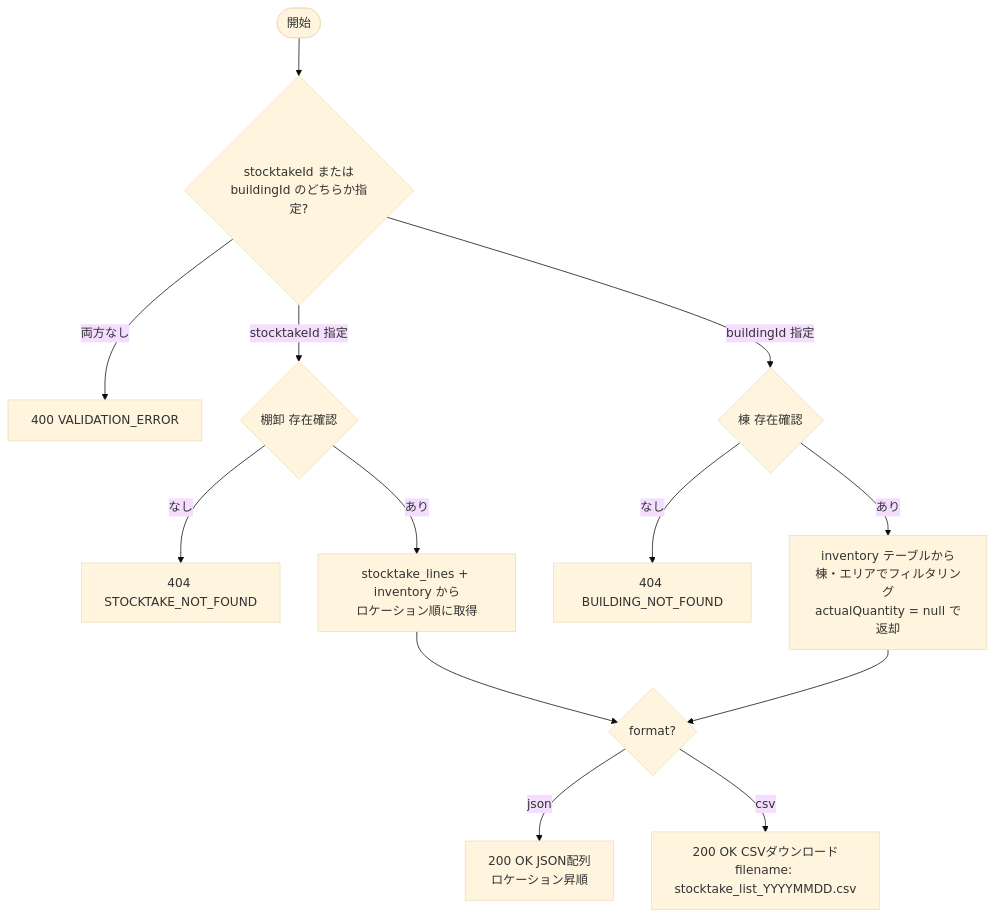
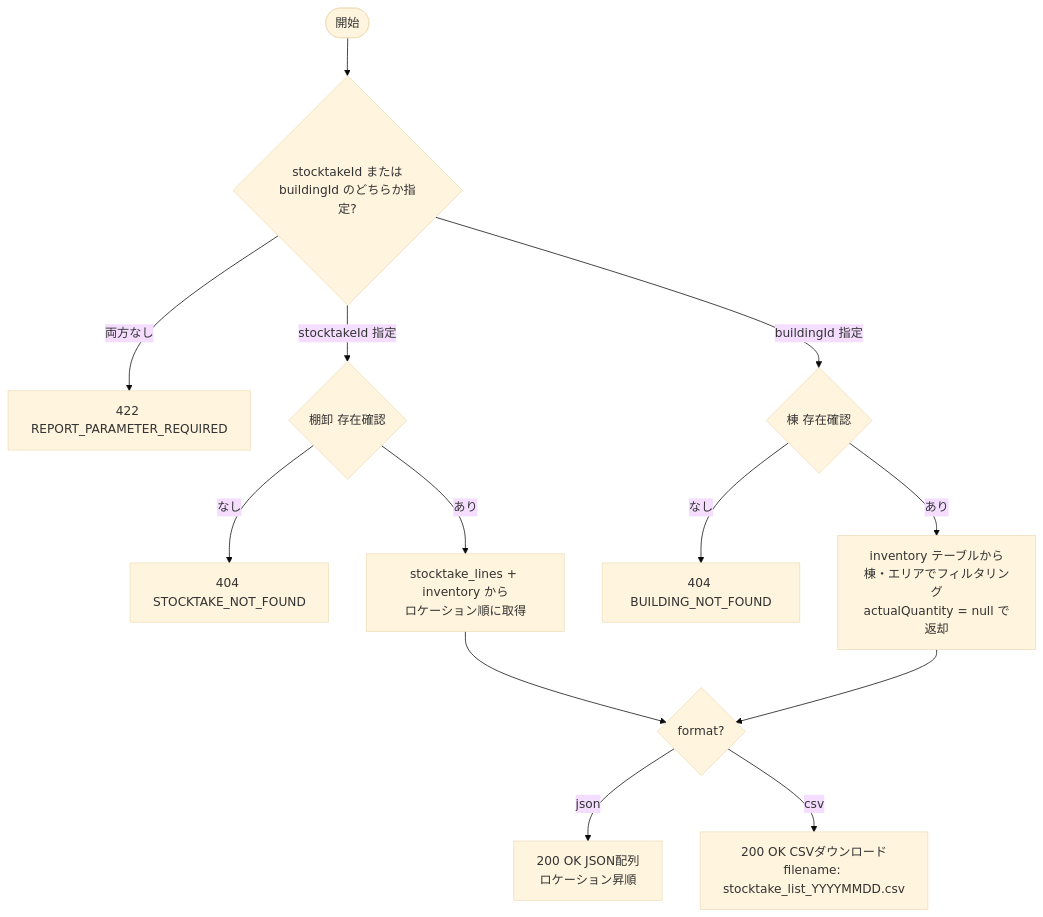
One commit to hidefumiagata/wms changed the ninth of 17 diagrams in docs/functional-design/API-10-report.md. Above: the diagram before and after it, drawn with Mermaid (base theme). The commit also changed other lines of this file and 2 other files, not shown here.

Commit message:
docs: VALIDATION_ERROR置換に伴うAPI設計書・エラーコード定義更新 / Update API docs and error code registry for specific error codes
- API-OUT-014: VALIDATION_ERROR → PICKING_LINE_NOT_FOUND, PICKING_QTY_EXCEEDED (422)
- API-RPT-010: VALIDATION_ERROR → REPORT_PARAMETER_REQUIRED (422)
- error-codes.md: 4つのエラーコードを追加、帳票セクション新設

````diff
--- a/docs/functional-design/API-10-report.md
+++ b/docs/functional-design/API-10-report.md
@@ -917,18 +917,18 @@
 ```mermaid
 flowchart TD
     START([開始]) --> VALIDATE{stocktakeId または\nbuildingId のどちらか指定?}
-    VALIDATE -->|両方なし| ERR_VAL[400 VALIDATION_ERROR]
+    VALIDATE -->|両方なし| ERR_VAL[422 REPORT_PARAMETER_REQUIRED]
     VALIDATE -->|stocktakeId 指定| FIND_STK{棚卸 存在確認}
     VALIDATE -->|buildingId 指定| FIND_BLD{棟 存在確認}
 
     FIND_STK -->|なし| ERR_STK[404 STOCKTAKE_NOT_FOUND]
     FIND_STK -->|あり| QUERY_STK[stocktake_lines + inventory から\nロケーション順に取得]
 
     FIND_BLD -->|なし| ERR_BLD[404 BUILDING_NOT_FOUND]
     FIND_BLD -->|あり| QUERY_BLD[inventory テーブルから\n棟・エリアでフィルタリング\nactualQuantity = null で返却]
 
     QUERY_STK --> FORMAT{format?}
     QUERY_BLD --> FORMAT
     FORMAT -->|json| RES_JSON[200 OK JSON配列\nロケーション昇順]
     FORMAT -->|csv| RES_CSV[200 OK CSVダウンロード\nfilename: stocktake_list_YYYYMMDD.csv]
 ```
````
